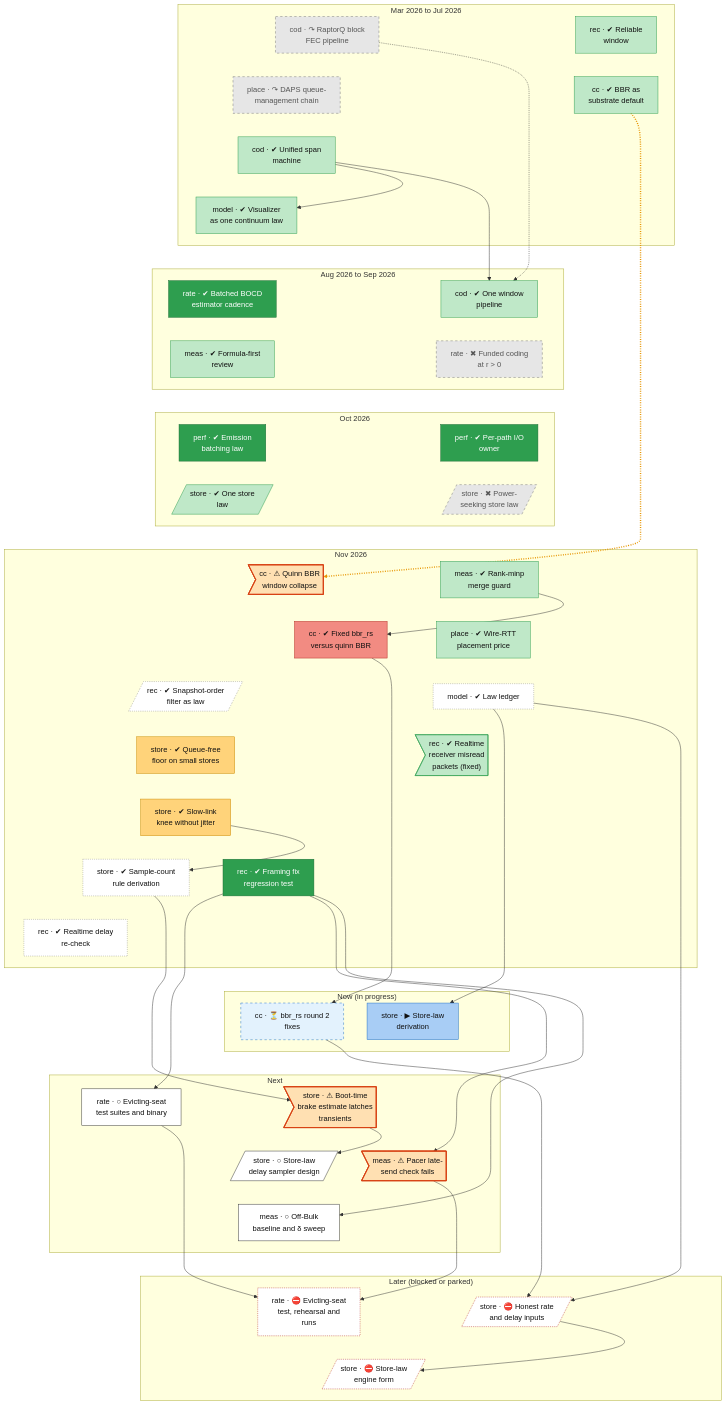
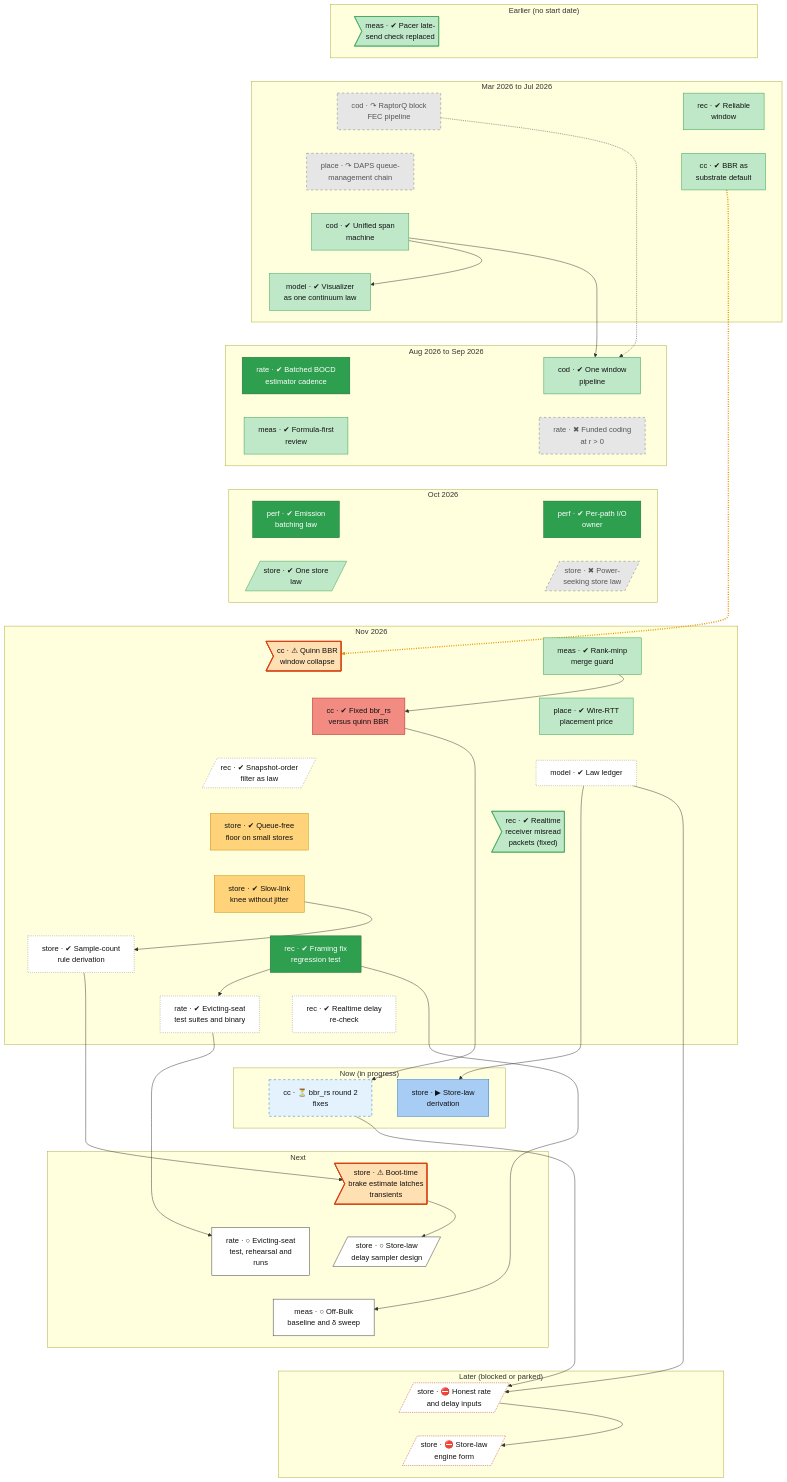
Before and after one commit to lhns/raptorpath: the second of 2 diagrams in docs/roadmap.md, drawn with Mermaid. The commit also changed other lines of this file and 6 other files, not shown here.

First line of the commit message:
wip: §51 Amendments 4-5 and roadmap (test lines pending)

````diff
--- a/docs/roadmap.md
+++ b/docs/roadmap.md
@@ -98,6 +98,9 @@
 ```mermaid
 flowchart TB
-    subgraph bd_0["Mar 2026 to Jul 2026"]
+    subgraph bd_0["Earlier (no start date)"]
+        meas_blocke_pacing_gate>"meas · ✔ Pacer late-<br/>send check replaced"]
+    end
+    subgraph bd_1["Mar 2026 to Jul 2026"]
         cod_block_pipeline["cod · ↷ RaptorQ block<br/>FEC pipeline"]
         rec_reliable_window["rec · ✔ Reliable<br/>window"]
         place_daps["place · ↷ DAPS queue-<br/>management chain"]
@@ -105,19 +108,19 @@
         cod_unified_span["cod · ✔ Unified span<br/>machine"]
         model_vis_continuum["model · ✔ Visualizer<br/>as one continuum law"]
     end
-    subgraph bd_1["Aug 2026 to Sep 2026"]
+    subgraph bd_2["Aug 2026 to Sep 2026"]
         rate_est_cadence["rate · ✔ Batched BOCD<br/>estimator cadence"]
         cod_one_pipeline["cod · ✔ One window<br/>pipeline"]
         meas_formula_first["meas · ✔ Formula-first<br/>review"]
         rate_r_battery["rate · ✖ Funded coding<br/>at r #gt; 0"]
     end
-    subgraph bd_2["Oct 2026"]
+    subgraph bd_3["Oct 2026"]
         perf_emit_batch_law0["perf · ✔ Emission<br/>batching law"]
         perf_io_owner["perf · ✔ Per-path I/O<br/>owner"]
         store_adr72_one_law[/"store · ✔ One store<br/>law"/]
         store_power_law[/"store · ✖ Power-<br/>seeking store law"/]
     end
-    subgraph bd_3["Nov 2026"]
+    subgraph bd_4["Nov 2026"]
         cc_quinn_bbr_collapse>"cc · ⚠ Quinn BBR<br/>window collapse"]
         meas_guard_41c["meas · ✔ Rank-minp<br/>merge guard"]
         cc_bbrrs_r1["cc · ✔ Fixed bbr_rs<br/>versus quinn BBR"]
@@ -129,24 +132,25 @@
         store_s62_j0["store · ✔ Slow-link<br/>knee without jitter"]
         store_count_rule["store · ✔ Sample-count<br/>rule derivation"]
         rec_f2_merge_guard["rec · ✔ Framing fix<br/>regression test"]
+        rate_evict_epre["rate · ✔ Evicting-seat<br/>test suites and binary"]
         rec_realtime_delay_recheck["rec · ✔ Realtime delay<br/>re-check"]
     end
-    subgraph bd_4["Now (in progress)"]
+    subgraph bd_5["Now (in progress)"]
         cc_bbrrs_r2["cc · ⏳ bbr_rs round 2<br/>fixes"]
         store_law_derivation["store · ▶ Store-law<br/>derivation"]
     end
-    subgraph bd_5["Next"]
-        rate_evict_epre["rate · ○ Evicting-seat<br/>test suites and binary"]
+    subgraph bd_6["Next"]
         store_defect_b0p_brake>"store · ⚠ Boot-time<br/>brake estimate latches<br/>transients"]
         store_sampler_design[/"store · ○ Store-law<br/>delay sampler design"/]
-        meas_blocke_pacing_gate>"meas · ⚠ Pacer late-<br/>send check fails"]
+        rate_evict_session["rate · ○ Evicting-seat<br/>test, rehearsal and<br/>runs"]
         meas_s51_session["meas · ○ Off-Bulk<br/>baseline and δ sweep"]
     end
-    subgraph bd_6["Later (blocked or parked)"]
-        rate_evict_session["rate · ⛔ Evicting-seat<br/>test, rehearsal and<br/>runs"]
+    subgraph bd_7["Later (blocked or parked)"]
         store_fix_maxbw_minrtt[/"store · ⛔ Honest rate<br/>and delay inputs"/]
         store_engine_form_impl[/"store · ⛔ Store-law<br/>engine form"/]
     end
+    meas_blocke_pacing_gate ~~~ cod_block_pipeline
+    meas_blocke_pacing_gate ~~~ rec_reliable_window
     cod_block_pipeline ~~~ place_daps
     rec_reliable_window ~~~ cc_bbr_default
     place_daps ~~~ cod_unified_span
@@ -172,19 +176,17 @@
     rec_defect_realtime_framing ~~~ store_s62_j0
     store_s62_j0 ~~~ store_count_rule
     store_s62_j0 ~~~ rec_f2_merge_guard
-    store_count_rule ~~~ rec_realtime_delay_recheck
+    store_count_rule ~~~ rate_evict_epre
     rec_f2_merge_guard ~~~ rec_realtime_delay_recheck
-    rec_realtime_delay_recheck ~~~ cc_bbrrs_r2
+    rate_evict_epre ~~~ cc_bbrrs_r2
     rec_realtime_delay_recheck ~~~ store_law_derivation
-    cc_bbrrs_r2 ~~~ rate_evict_epre
+    cc_bbrrs_r2 ~~~ store_defect_b0p_brake
     store_law_derivation ~~~ store_defect_b0p_brake
-    rate_evict_epre ~~~ store_sampler_design
-    store_defect_b0p_brake ~~~ meas_blocke_pacing_gate
+    store_defect_b0p_brake ~~~ store_sampler_design
+    store_defect_b0p_brake ~~~ rate_evict_session
     store_sampler_design ~~~ meas_s51_session
-    meas_blocke_pacing_gate ~~~ meas_s51_session
-    meas_s51_session ~~~ rate_evict_session
+    rate_evict_session ~~~ meas_s51_session
     meas_s51_session ~~~ store_fix_maxbw_minrtt
-    rate_evict_session ~~~ store_engine_form_impl
     store_fix_maxbw_minrtt ~~~ store_engine_form_impl
     cod_block_pipeline -.-> cod_one_pipeline
     cc_bbr_default -.-> cc_quinn_bbr_collapse
@@ -192,15 +194,13 @@
     cod_unified_span --> cod_one_pipeline
     meas_guard_41c --> cc_bbrrs_r1
     store_s62_j0 --> store_count_rule
+    rec_f2_merge_guard --> rate_evict_epre
     cc_bbrrs_r1 --> cc_bbrrs_r2
     model_law_ledger --> store_law_derivation
-    rec_f2_merge_guard --> rate_evict_epre
     store_count_rule --> store_defect_b0p_brake
     store_defect_b0p_brake --> store_sampler_design
-    rec_f2_merge_guard --> meas_blocke_pacing_gate
+    rate_evict_epre --> rate_evict_session
     rec_f2_merge_guard --> meas_s51_session
-    rate_evict_epre --> rate_evict_session
-    meas_blocke_pacing_gate --> rate_evict_session
     model_law_ledger --> store_fix_maxbw_minrtt
     cc_bbrrs_r2 --> store_fix_maxbw_minrtt
     store_fix_maxbw_minrtt --> store_engine_form_impl
@@ -219,14 +219,14 @@
     classDef defect fill:#ffe0b2,stroke:#d84315,stroke-width:2px,color:#111
     classDef waiting fill:#e3f2fd,stroke:#1f6fc5,stroke-dasharray:5 5,color:#111
     class cod_block_pipeline,rate_r_battery,store_power_law,place_daps dead
-    class cod_unified_span,cod_one_pipeline,rec_reliable_window,store_adr72_one_law,rec_defect_realtime_framing,place_wire_price,cc_bbr_default,meas_formula_first,meas_guard_41c,model_vis_continuum succ
-    class rec_snapver_law,store_count_rule,rec_realtime_delay_recheck,model_law_ledger unrated
+    class cod_unified_span,cod_one_pipeline,rec_reliable_window,store_adr72_one_law,meas_blocke_pacing_gate,rec_defect_realtime_framing,place_wire_price,cc_bbr_default,meas_formula_first,meas_guard_41c,model_vis_continuum succ
+    class rec_snapver_law,rate_evict_epre,store_count_rule,rec_realtime_delay_recheck,model_law_ledger unrated
     class rate_est_cadence,rec_f2_merge_guard,perf_emit_batch_law0,perf_io_owner vsucc
-    class rate_evict_epre,store_sampler_design,meas_s51_session next
-    class rate_evict_session,store_engine_form_impl,store_fix_maxbw_minrtt blocked
+    class rate_evict_session,store_sampler_design,meas_s51_session next
     class store_law_derivation inprog
     class store_s60a,store_s62_j0 mixed
-    class store_defect_b0p_brake,meas_blocke_pacing_gate,cc_quinn_bbr_collapse defect
+    class store_defect_b0p_brake,cc_quinn_bbr_collapse defect
     class cc_bbrrs_r1 bad
     class cc_bbrrs_r2 waiting
+    class store_engine_form_impl,store_fix_maxbw_minrtt blocked
 ```
````
